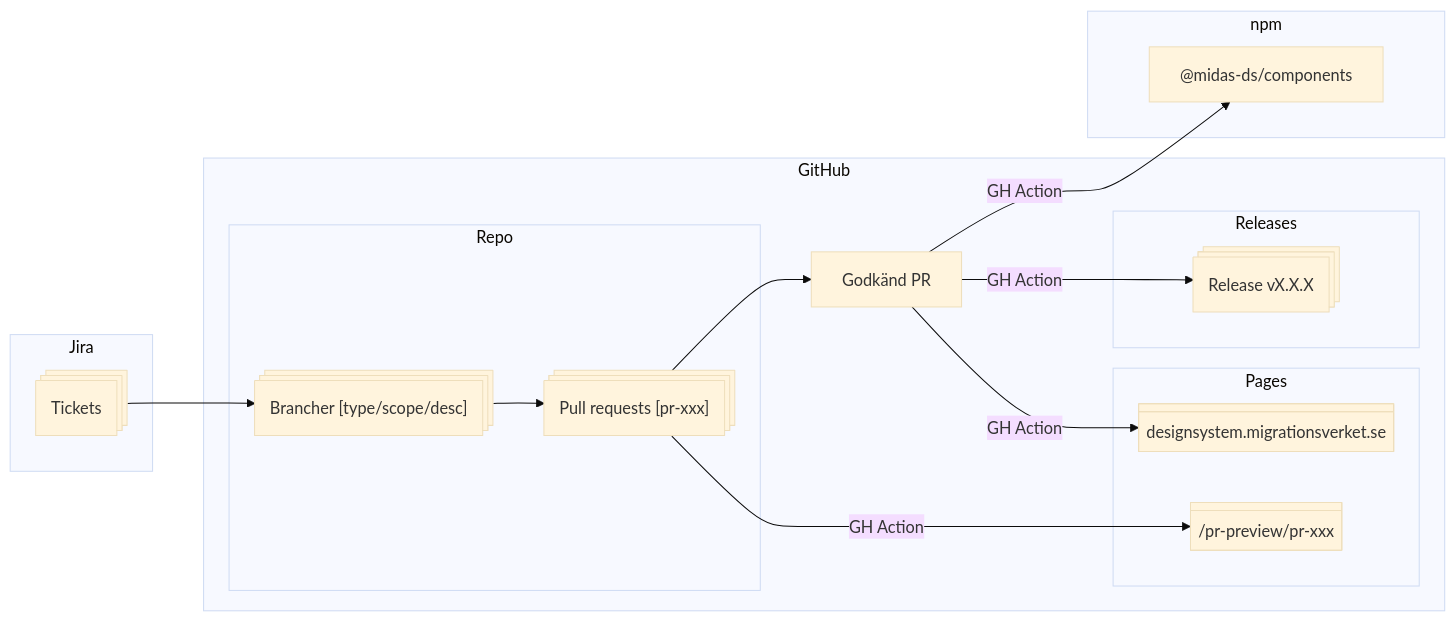
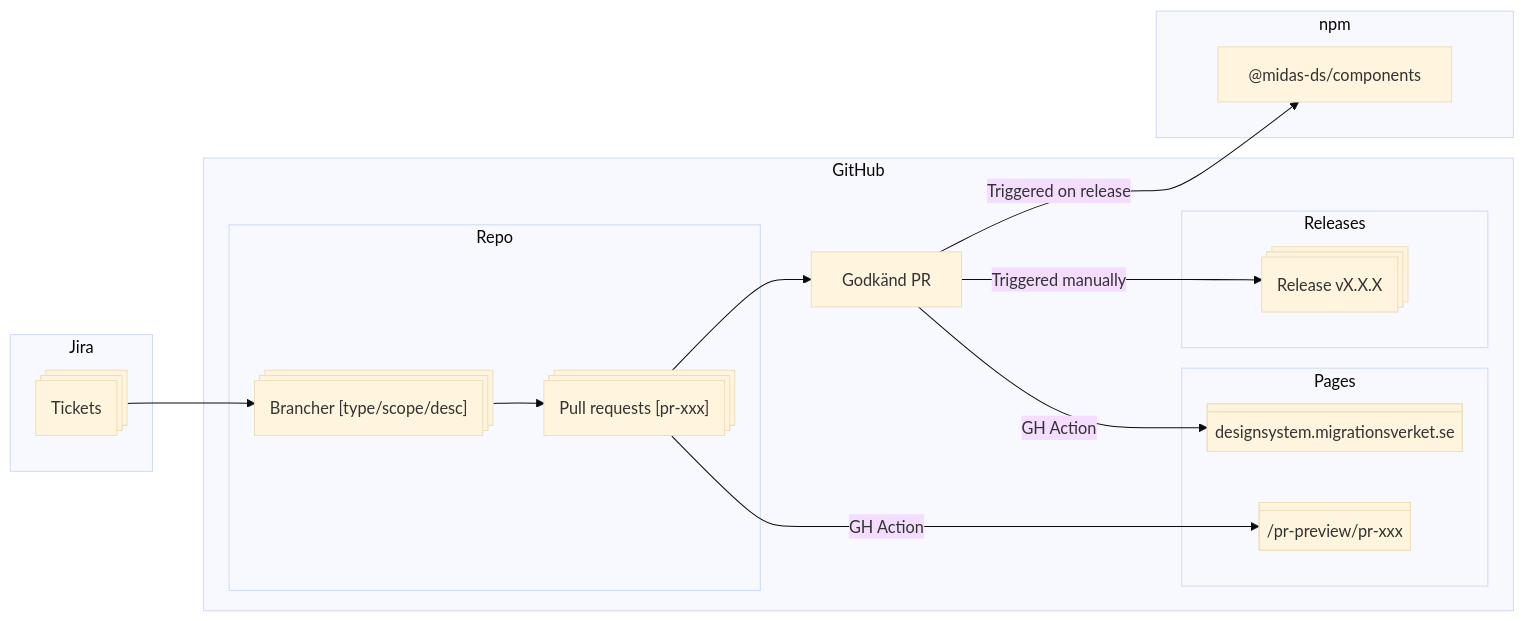
One commit to migrationsverket/midas changed the diagram in apps/docs/docs/get-started/contribute.mdx. Above: the diagram before and after it, drawn with Mermaid (base theme). The commit also changed other lines of this file, not shown here.

Commit message:
docs: update release instructions and styleguide

````diff
--- a/apps/docs/docs/get-started/contribute.mdx
+++ b/apps/docs/docs/get-started/contribute.mdx
@@ -160,30 +178,30 @@
 ```mermaid
 flowchart LR;
     A1-->B1
     B1-->B2
     B2-->|GH Action|C1
     B2-->E1
     E1-->|GH Action|C2
-    E1-->|GH Action|D1
-    E1-->|GH Action|F1
+    E1-->|Triggered manually|D1
+    E1-->|Triggered on release|F1
     subgraph "Jira"
         A1@{ shape: procs, label: "Tickets"}
     end
     subgraph "GitHub"
         subgraph "Repo"
             B1@{ shape: procs, label: "Brancher [type/scope/desc]"}
             B2@{ shape: procs, label: "Pull requests [pr-xxx]"}
         end
         subgraph "Pages"
             C1@{ shape: div-rect, label: "/pr-preview/pr-xxx" }
             C2@{shape: div-rect, label: "designsystem.migrationsverket.se"}
         end
         subgraph "Releases"
             D1@{ shape: procs, label: "Release vX.X.X"}
         end
         E1["Godkänd PR"]
     end
     subgraph "npm"
         F1["@midas-ds/components"]
     end
 ```
````
